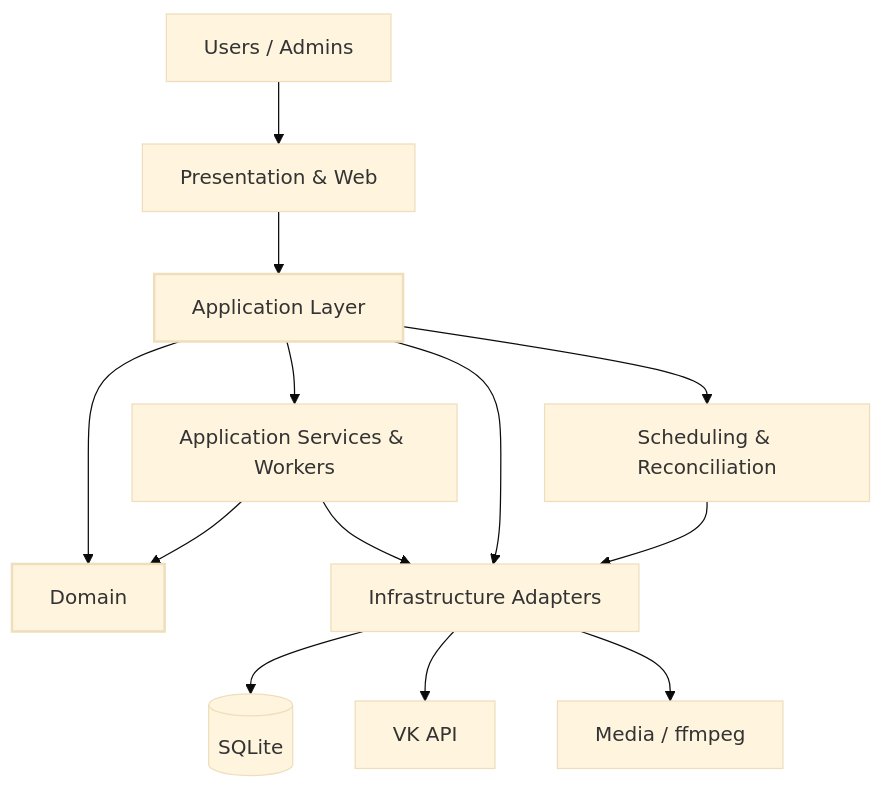
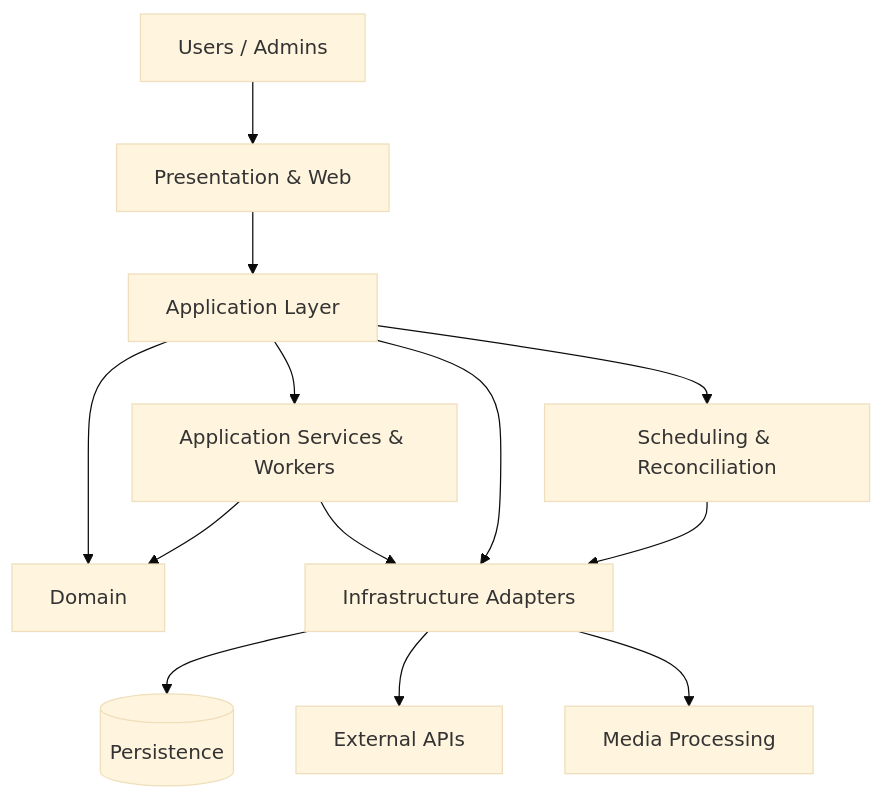
Before and after one commit to DiAnnaDark/DiAnnaDark: the diagram in ORION_CASE_STUDY.md, drawn with Mermaid (base theme). The commit also changed other lines of this file, not shown here.

Commit message:
docs: expand Orion architecture case study with reliability details

````diff
--- a/ORION_CASE_STUDY.md
+++ b/ORION_CASE_STUDY.md
@@ -18,20 +18,15 @@
 ```mermaid
 flowchart TD
     U[Users / Admins] --> P[Presentation & Web]
     P --> A[Application Layer]
     A --> D[Domain]
     A --> S[Application Services & Workers]
     S --> D
     A --> I[Infrastructure Adapters]
     S --> I
-    I --> DB[(SQLite)]
-    I --> VK[VK API]
-    I --> M[Media / ffmpeg]
+    I --> DB[(Persistence)]
+    I --> VK[External APIs]
+    I --> M[Media Processing]
     A --> R[Scheduling & Reconciliation]
     R --> I
-
-    D:::core
-    A:::core
-
-    classDef core stroke-width:2px;
 ```
````
